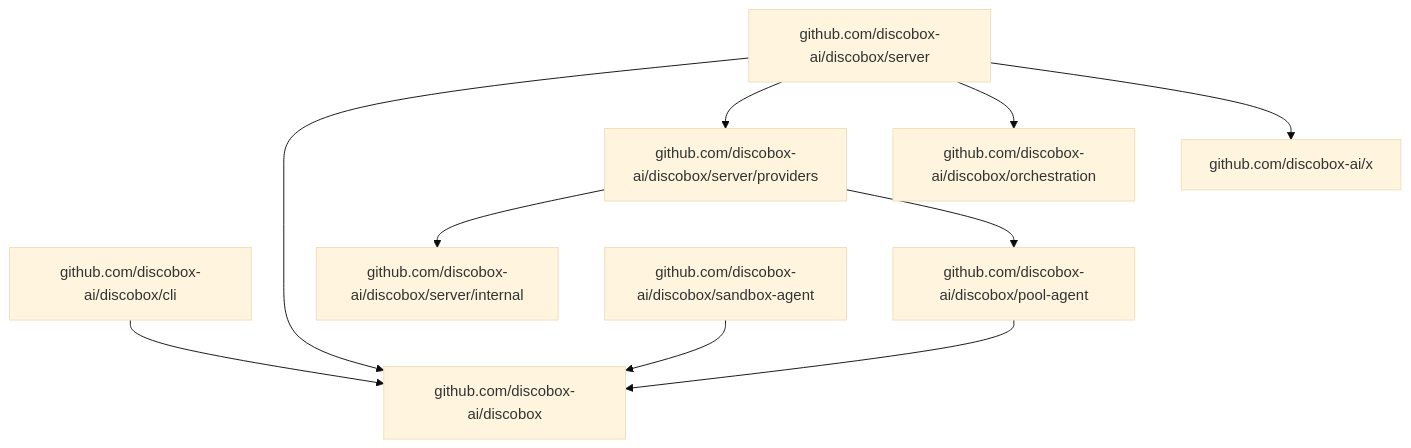
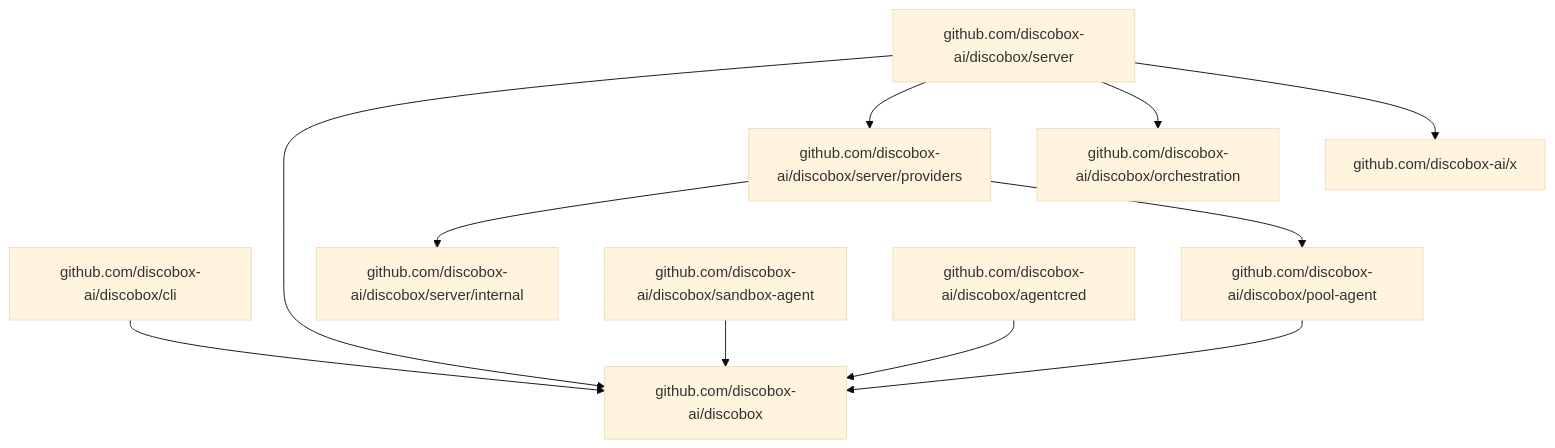
Before and after one commit to discobox-ai/discobox: the second of 4 diagrams in DESIGN.md, drawn with Mermaid (base theme). The commit also changed other lines of this file and 80 other files, not shown here.

````diff
--- a/DESIGN.md
+++ b/DESIGN.md
@@ -83,12 +83,13 @@
 ```mermaid
 flowchart TD
     cli["github.com/discobox-ai/discobox/cli"] --> root["github.com/discobox-ai/discobox"]
     server["github.com/discobox-ai/discobox/server"] --> root
     server --> providers["github.com/discobox-ai/discobox/server/providers"]
     server --> orchestration["github.com/discobox-ai/discobox/orchestration"]
     server --> x["github.com/discobox-ai/x"]
     providers --> serverInternal["github.com/discobox-ai/discobox/server/internal"]
     providers --> poolAgent["github.com/discobox-ai/discobox/pool-agent"]
     poolAgent --> root
     sandboxAgent["github.com/discobox-ai/discobox/sandbox-agent"] --> root
+    agentCred["github.com/discobox-ai/discobox/agentcred"] --> root
 ```
````
